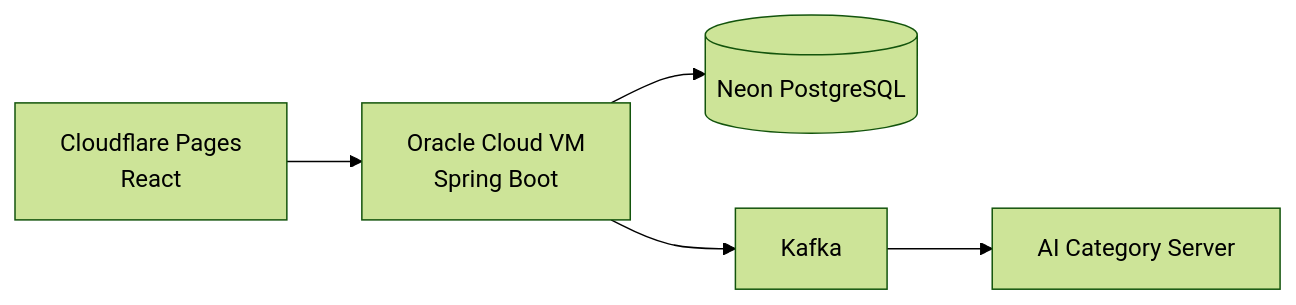
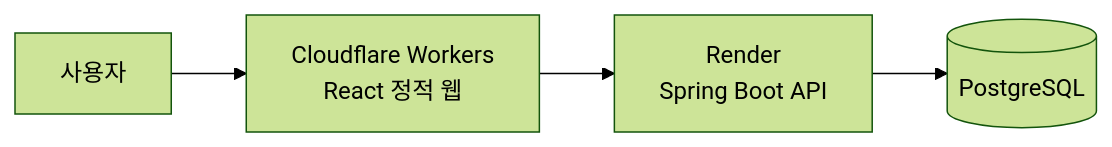
The second of 2 diagrams in README.md (bitofsyn/EzPay), drawn with Mermaid (forest theme) before and after one commit. The commit also changed other lines of this file, not shown here.

````diff
--- a/README.md
+++ b/README.md
@@ -261,7 +260,6 @@
 ```mermaid
 flowchart LR
-    A[Cloudflare Pages<br/>React] --> B[Oracle Cloud VM<br/>Spring Boot]
-    B --> C[(Neon PostgreSQL)]
-    B --> D[Kafka]
-    D --> E[AI Category Server]
+    A[사용자] --> B[Cloudflare Workers<br/>React 정적 웹]
+    B --> C[Render<br/>Spring Boot API]
+    C --> D[(PostgreSQL)]
 ```
````
